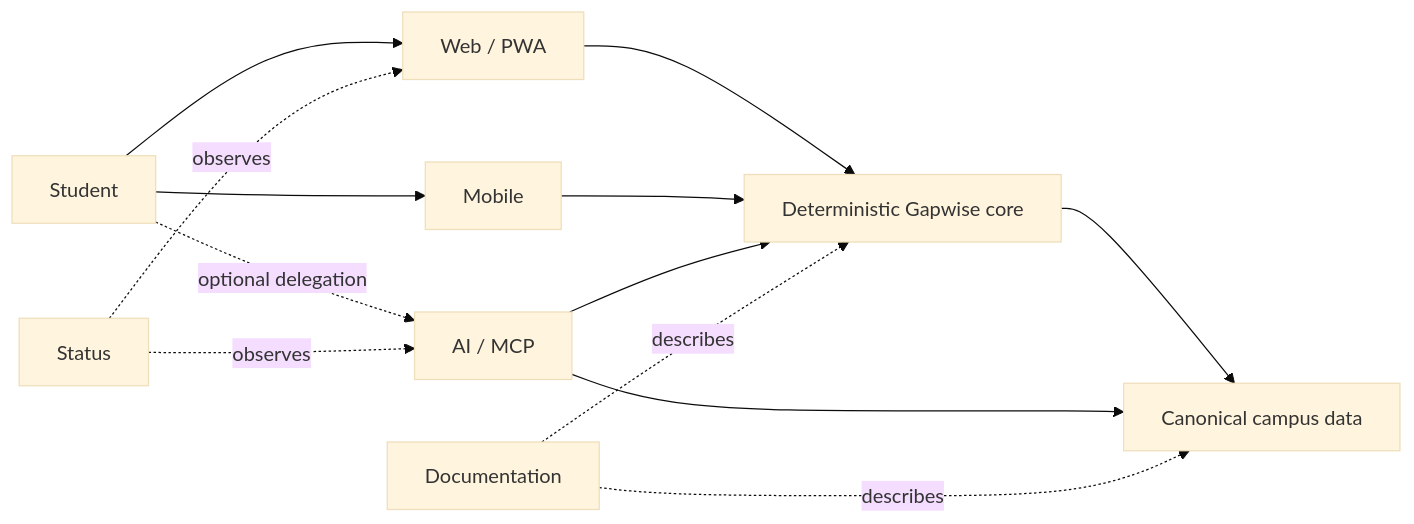
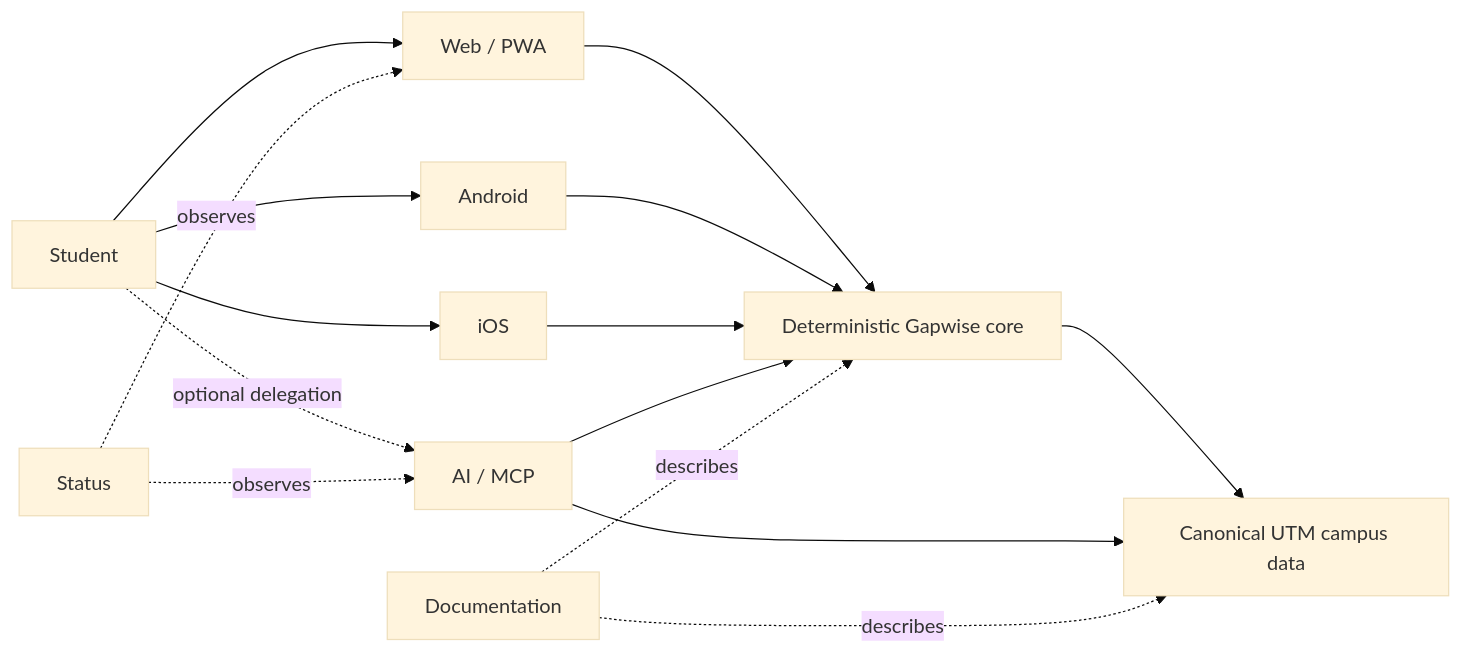
One commit to Gapwise-for-UTM/.github changed the diagram in profile/README.md. Above: the diagram before and after it, drawn with Mermaid (base theme). The commit also changed other lines of this file and 2 other files, not shown here.

````diff
--- a/profile/README.md
+++ b/profile/README.md
@@ -40,18 +49,20 @@
 ```mermaid
 flowchart LR
     U[Student] --> W[Web / PWA]
-    U --> M[Mobile]
-    U -. optional delegation .-> A[AI / MCP]
+    U --> A1[Android]
+    U --> I[iOS]
+    U -. optional delegation .-> AI[AI / MCP]
 
     W --> C[Deterministic Gapwise core]
-    M --> C
-    A --> C
+    A1 --> C
+    I --> C
+    AI --> C
 
-    C --> D[Canonical campus data]
-    A --> D
+    C --> D[Canonical UTM campus data]
+    AI --> D
 
     DOCS[Documentation] -. describes .-> C
     DOCS -. describes .-> D
     STATUS[Status] -. observes .-> W
-    STATUS -. observes .-> A
+    STATUS -. observes .-> AI
 ```
````
